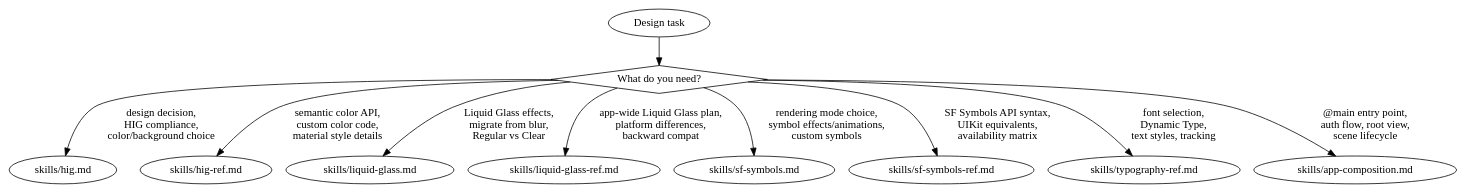
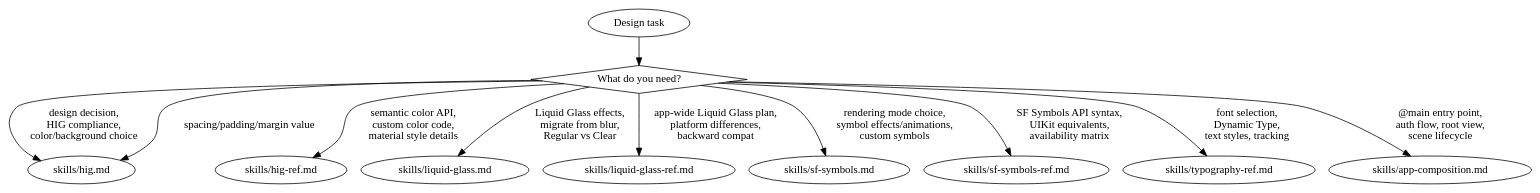
Before and after one commit to CharlesWiltgen/Axiom: the diagram in .claude-plugin/plugins/axiom/skills/axiom-design/SKILL.md, drawn with Graphviz. The commit also changed other lines of this file and 28 other files, not shown here.

````diff
--- a/.claude-plugin/plugins/axiom/skills/axiom-design/SKILL.md
+++ b/.claude-plugin/plugins/axiom/skills/axiom-design/SKILL.md
@@ -35,16 +38,17 @@
 ```dot
 digraph design {
     start [label="Design task" shape=ellipse];
     what [label="What do you need?" shape=diamond];
 
     start -> what;
     what -> "skills/hig.md" [label="design decision,\nHIG compliance,\ncolor/background choice"];
+    what -> "skills/hig.md" [label="spacing/padding/margin value"];
     what -> "skills/hig-ref.md" [label="semantic color API,\ncustom color code,\nmaterial style details"];
     what -> "skills/liquid-glass.md" [label="Liquid Glass effects,\nmigrate from blur,\nRegular vs Clear"];
     what -> "skills/liquid-glass-ref.md" [label="app-wide Liquid Glass plan,\nplatform differences,\nbackward compat"];
     what -> "skills/sf-symbols.md" [label="rendering mode choice,\nsymbol effects/animations,\ncustom symbols"];
     what -> "skills/sf-symbols-ref.md" [label="SF Symbols API syntax,\nUIKit equivalents,\navailability matrix"];
     what -> "skills/typography-ref.md" [label="font selection,\nDynamic Type,\ntext styles, tracking"];
     what -> "skills/app-composition.md" [label="@main entry point,\nauth flow, root view,\nscene lifecycle"];
 }
 ```
````
